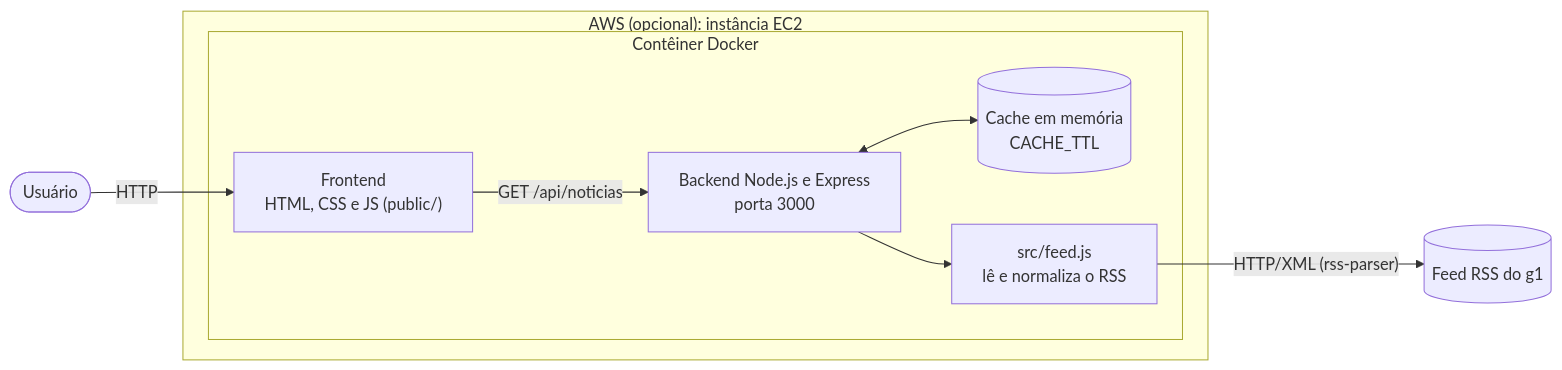
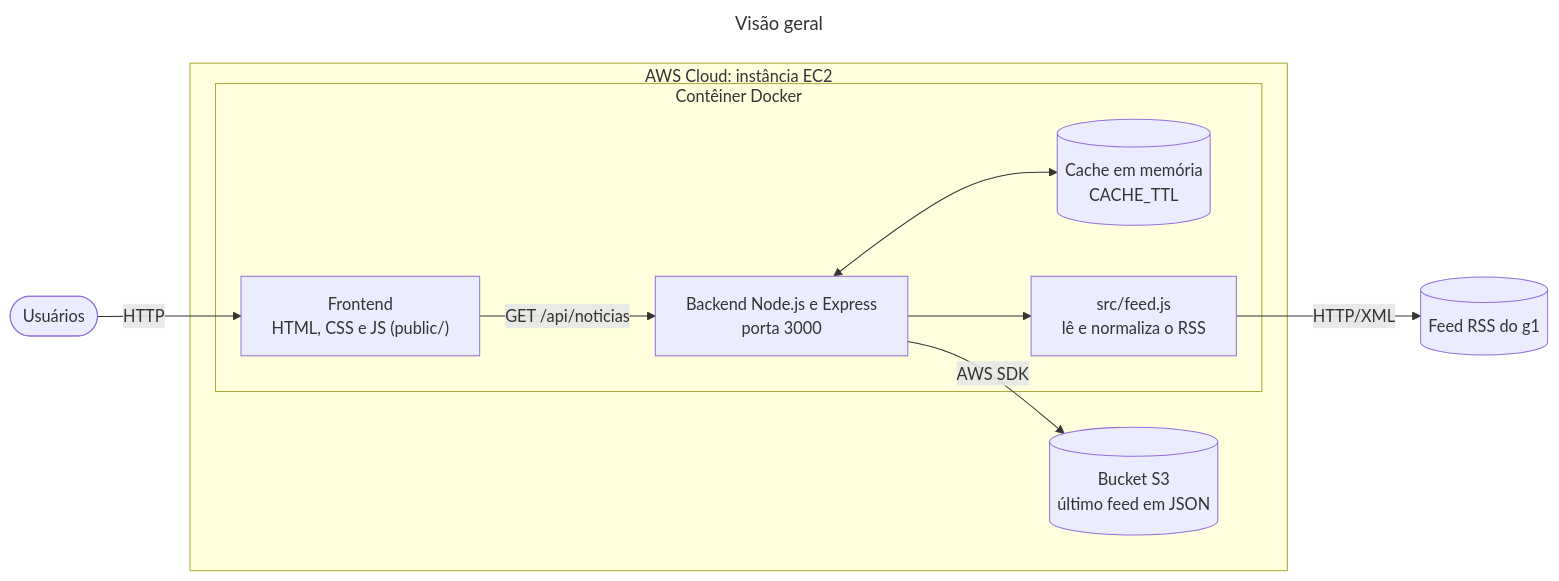
The first of 2 diagrams in README.md (Jotavsts/feed-noticias-rss), drawn with Mermaid before and after one commit. The commit also changed other lines of this file, not shown here.

Commit message:
docs: atualiza diagramas com o S3 e a visão geral, e documenta a configuração do bucket

````diff
--- a/README.md
+++ b/README.md
@@ -24,18 +25,23 @@
 ```mermaid
+---
+title: Visão geral
+---
 flowchart LR
-    U([Usuário]) -->|HTTP| F
+    U(["Usuários"]) -->|HTTP| F
 
-    subgraph AWS["AWS (opcional): instância EC2"]
+    subgraph AWS["AWS Cloud: instância EC2"]
         subgraph D["Contêiner Docker"]
             F["Frontend<br/>HTML, CSS e JS (public/)"]
             B["Backend Node.js e Express<br/>porta 3000"]
             C[("Cache em memória<br/>CACHE_TTL")]
             R["src/feed.js<br/>lê e normaliza o RSS"]
             F -->|"GET /api/noticias"| B
             B <--> C
             B --> R
         end
+        S3[("Bucket S3<br/>último feed em JSON")]
+        B -->|"AWS SDK"| S3
     end
 
-    R -->|"HTTP/XML (rss-parser)"| G[("Feed RSS do g1")]
+    R -->|"HTTP/XML"| G[("Feed RSS do g1")]
 ```
````
